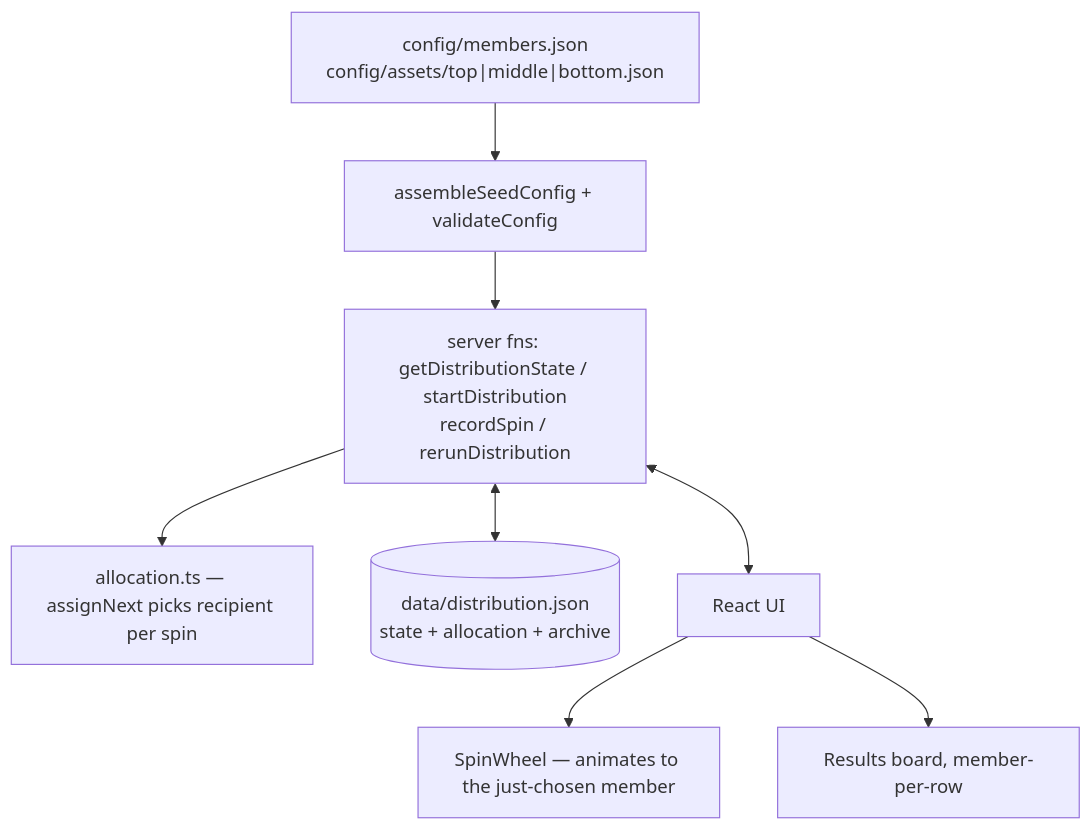
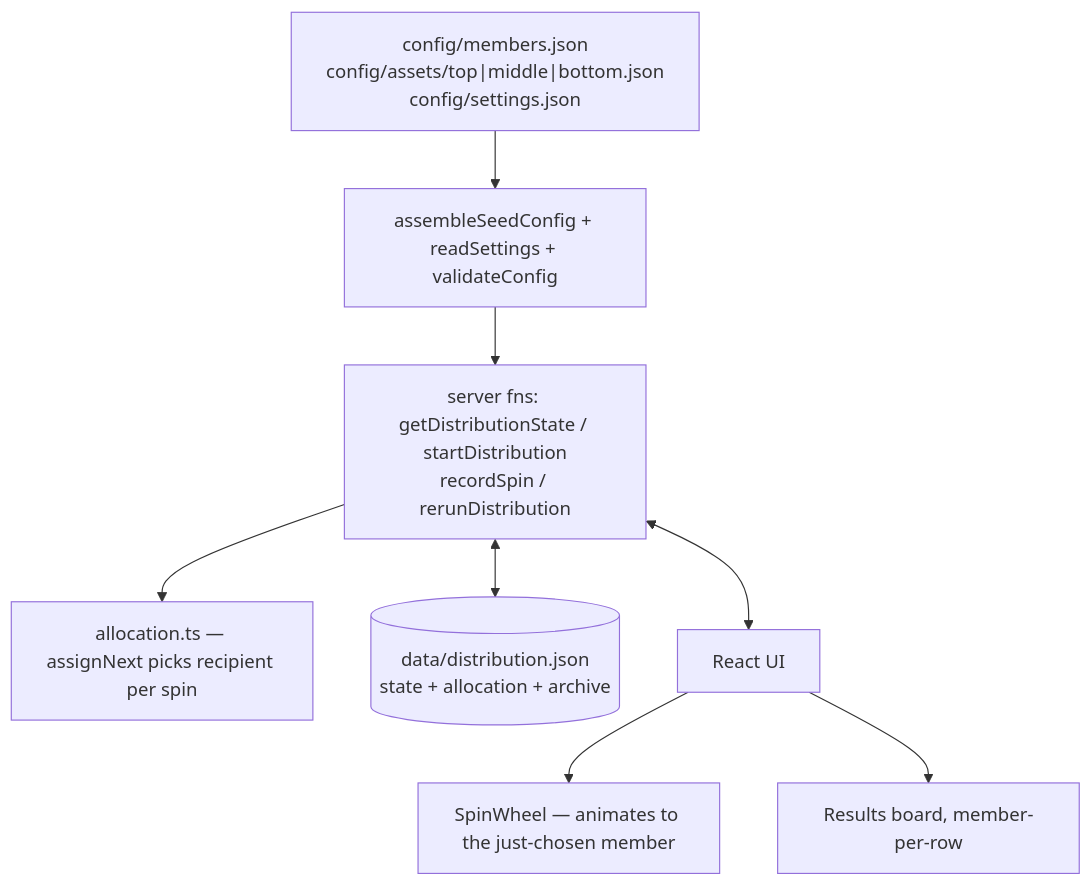
Before and after one commit to fithrahfauzan/heritage-rolling: the first of 2 diagrams in docs/PRD.md, drawn with Mermaid. The commit also changed other lines of this file and 21 other files, not shown here.

````diff
--- a/docs/PRD.md
+++ b/docs/PRD.md
@@ -83,10 +126,10 @@
 ```mermaid
 flowchart TD
-    Cfg["config/members.json\nconfig/assets/top|middle|bottom.json"] --> CfgFn[assembleSeedConfig + validateConfig]
+    Cfg["config/members.json\nconfig/assets/top|middle|bottom.json\nconfig/settings.json"] --> CfgFn[assembleSeedConfig + readSettings + validateConfig]
     CfgFn --> SrvFns[server fns: getDistributionState / startDistribution\nrecordSpin / rerunDistribution]
     SrvFns --> Alloc[allocation.ts — assignNext picks recipient per spin]
     SrvFns <--> Store[(data/distribution.json\nstate + allocation + archive)]
     SrvFns <--> UI[React UI]
     UI --> Wheel[SpinWheel — animates to the just-chosen member]
     UI --> Board[Results board, member-per-row]
 ```
````
